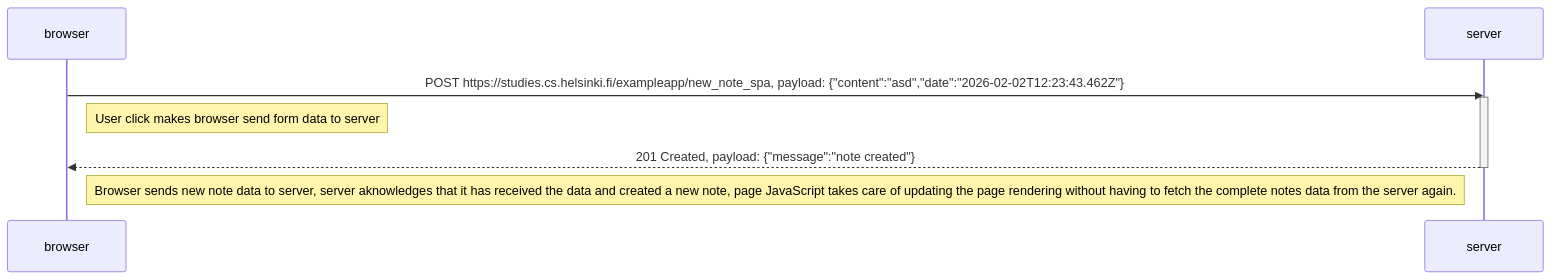
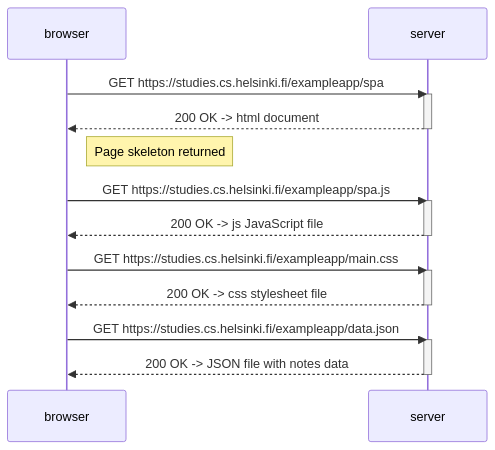
Before and after one commit to zoni527/full-stack-open: the diagram in part0/05_single_page_app_diagram/single_page_app_diagram.md, drawn with Mermaid. The commit also changed 1 other file, not shown here.

Commit message:
Fixed diagrams of the last two exercises.

````diff
--- a/part0/05_single_page_app_diagram/single_page_app_diagram.md
+++ b/part0/05_single_page_app_diagram/single_page_app_diagram.md
@@ -1,13 +1,27 @@
 ```mermaid
 sequenceDiagram
     participant browser
     participant server
 
-    browser->>server: POST https://studies.cs.helsinki.fi/exampleapp/new_note_spa, payload: {"content":"asd","date":"2026-02-02T12:23:43.462Z"}
+    browser->>server: GET https://studies.cs.helsinki.fi/exampleapp/spa
     activate server
-    Note right of browser: User click makes browser send form data to server
-    server-->>browser: 201 Created, payload: {"message":"note created"}
+    server-->>browser: 200 OK -> html document
     deactivate server
 
-    Note right of browser: Browser sends new note data to server, server aknowledges that it has received the data and created a new note, page JavaScript takes care of updating the page rendering without having to fetch the complete notes data from the server again.
+    Note right of browser: Page skeleton returned
+
+    browser->>server: GET https://studies.cs.helsinki.fi/exampleapp/spa.js
+    activate server
+    server -->>browser: 200 OK -> js JavaScript file
+    deactivate server
+
+    browser->>server: GET https://studies.cs.helsinki.fi/exampleapp/main.css
+    activate server
+    server-->>browser: 200 OK -> css stylesheet file
+    deactivate server
+
+    browser->>server: GET https://studies.cs.helsinki.fi/exampleapp/data.json
+    activate server
+    server -->>browser: 200 OK -> JSON file with notes data
+    deactivate server
 ```
````
